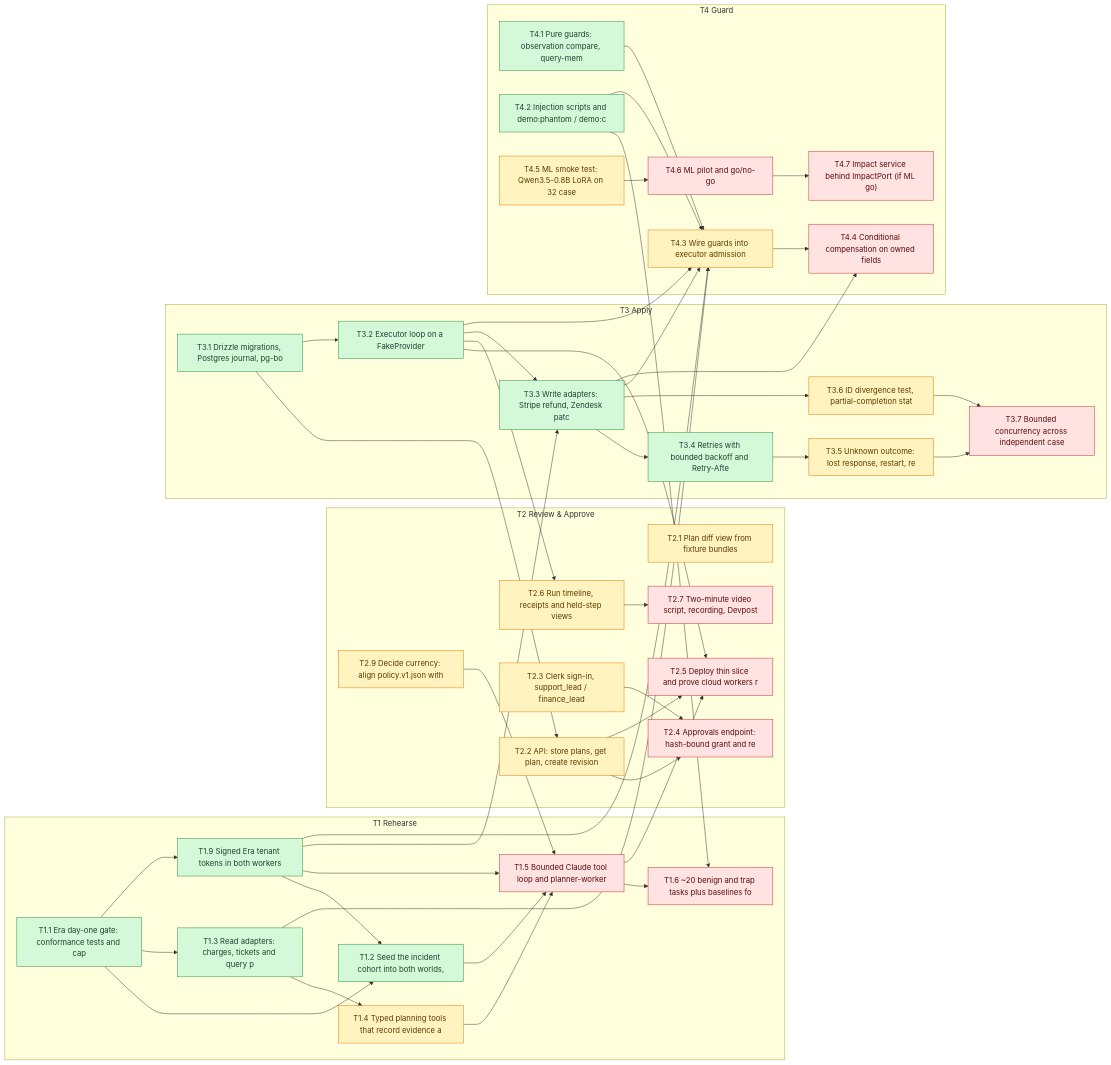
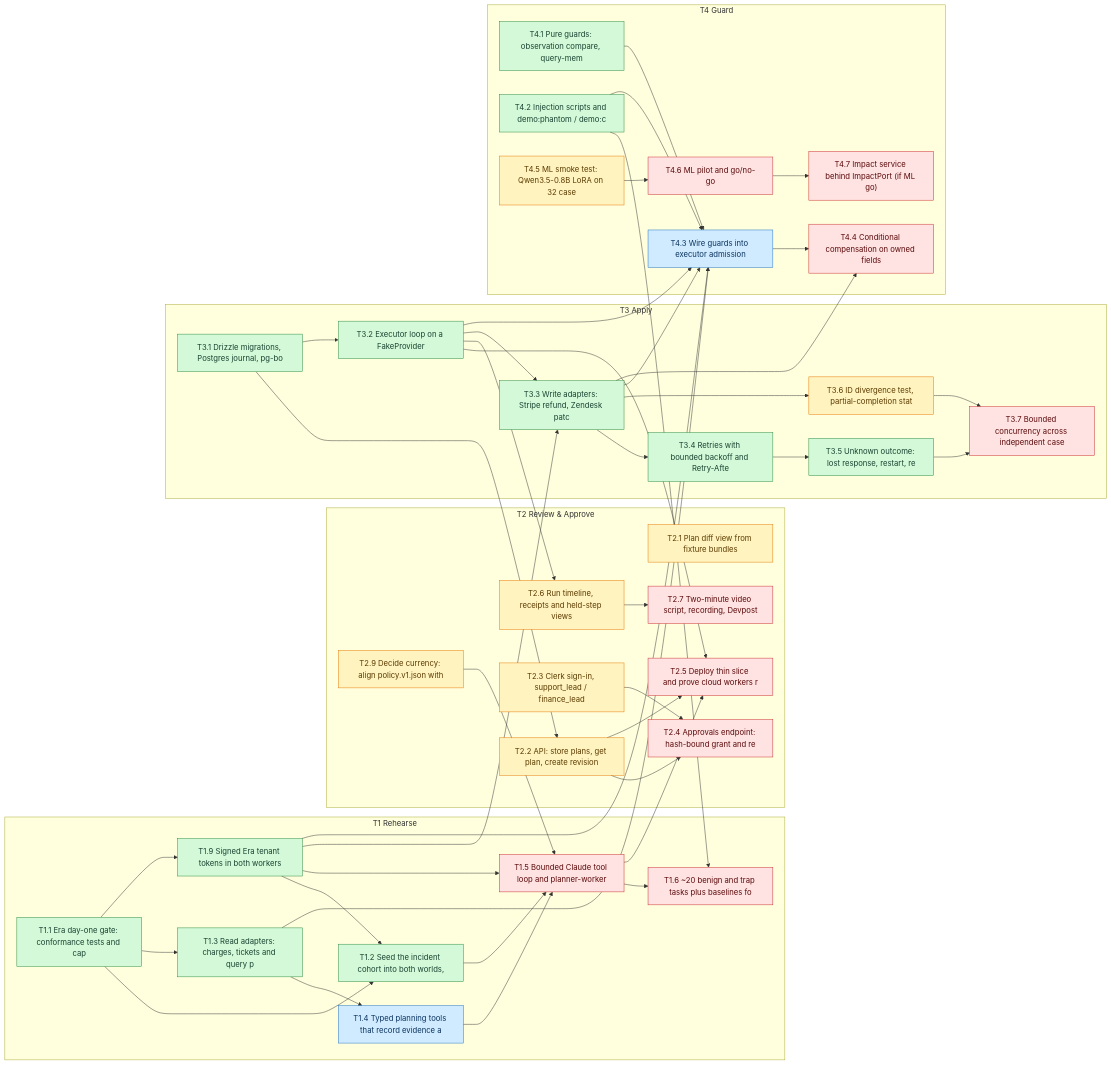
One commit to SoroushRF/Rehearsal changed the diagram in BLOCKERS.md. Above: the diagram before and after it, drawn with Mermaid. The commit also changed other lines of this file, not shown here.

````diff
--- a/BLOCKERS.md
+++ b/BLOCKERS.md
@@ -84,82 +84,82 @@
 ```mermaid
 flowchart LR
   classDef done fill:#d3f9d8,stroke:#2b8a3e,color:#1b4332
   classDef review fill:#d0ebff,stroke:#1971c2,color:#0b3460
   classDef progress fill:#e5dbff,stroke:#5f3dc4,color:#2b1a66
   classDef ready fill:#fff3bf,stroke:#e67700,color:#5c3c00
   classDef blocked fill:#ffe3e3,stroke:#c92a2a,color:#5c0a0a
   subgraph T1[T1 Rehearse]
     T1_1["T1.1 Era day-one gate: conformance tests and cap"]:::done
     T1_2["T1.2 Seed the incident cohort into both worlds, "]:::done
     T1_3["T1.3 Read adapters: charges, tickets and query p"]:::done
-    T1_4["T1.4 Typed planning tools that record evidence a"]:::ready
+    T1_4["T1.4 Typed planning tools that record evidence a"]:::review
     T1_5["T1.5 Bounded Claude tool loop and planner-worker"]:::blocked
     T1_6["T1.6 ~20 benign and trap tasks plus baselines fo"]:::blocked
     T1_9["T1.9 Signed Era tenant tokens in both workers"]:::done
   end
   subgraph T2[T2 Review & Approve]
     T2_1["T2.1 Plan diff view from fixture bundles"]:::ready
     T2_2["T2.2 API: store plans, get plan, create revision"]:::ready
     T2_3["T2.3 Clerk sign-in, support_lead / finance_lead "]:::ready
     T2_4["T2.4 Approvals endpoint: hash-bound grant and re"]:::blocked
     T2_5["T2.5 Deploy thin slice and prove cloud workers r"]:::blocked
     T2_6["T2.6 Run timeline, receipts and held-step views "]:::ready
     T2_7["T2.7 Two-minute video script, recording, Devpost"]:::blocked
     T2_9["T2.9 Decide currency: align policy.v1.json with "]:::ready
   end
   subgraph T3[T3 Apply]
     T3_1["T3.1 Drizzle migrations, Postgres journal, pg-bo"]:::done
     T3_2["T3.2 Executor loop on a FakeProvider"]:::done
     T3_3["T3.3 Write adapters: Stripe refund, Zendesk patc"]:::done
     T3_4["T3.4 Retries with bounded backoff and Retry-Afte"]:::done
-    T3_5["T3.5 Unknown outcome: lost response, restart, re"]:::ready
+    T3_5["T3.5 Unknown outcome: lost response, restart, re"]:::done
     T3_6["T3.6 ID divergence test, partial-completion stat"]:::ready
     T3_7["T3.7 Bounded concurrency across independent case"]:::blocked
   end
   subgraph T4[T4 Guard]
     T4_1["T4.1 Pure guards: observation compare, query-mem"]:::done
     T4_2["T4.2 Injection scripts and demo:phantom / demo:c"]:::done
-    T4_3["T4.3 Wire guards into executor admission"]:::ready
+    T4_3["T4.3 Wire guards into executor admission"]:::review
     T4_4["T4.4 Conditional compensation on owned fields"]:::blocked
     T4_5["T4.5 ML smoke test: Qwen3.5-0.8B LoRA on 32 case"]:::ready
     T4_6["T4.6 ML pilot and go/no-go"]:::blocked
     T4_7["T4.7 Impact service behind ImpactPort (if ML go)"]:::blocked
   end
   T1_1 --> T1_2
   T1_9 --> T1_2
   T1_1 --> T1_3
   T1_3 --> T1_4
   T1_2 --> T1_5
   T1_4 --> T1_5
   T1_9 --> T1_5
   T2_9 --> T1_5
   T1_5 --> T1_6
   T4_2 --> T1_6
   T1_1 --> T1_9
   T3_1 --> T2_2
   T2_2 --> T2_4
   T2_3 --> T2_4
   T2_2 --> T2_5
   T1_5 --> T2_5
   T3_2 --> T2_5
   T3_2 --> T2_6
   T2_6 --> T2_7
   T3_1 --> T3_2
   T3_2 --> T3_3
   T1_9 --> T3_3
   T3_3 --> T3_4
   T3_4 --> T3_5
   T3_3 --> T3_6
   T3_5 --> T3_7
   T3_6 --> T3_7
   T4_1 --> T4_3
   T4_2 --> T4_3
   T3_2 --> T4_3
   T1_3 --> T4_3
   T3_3 --> T4_3
   T1_9 --> T4_3
   T4_3 --> T4_4
   T3_3 --> T4_4
   T4_5 --> T4_6
   T4_6 --> T4_7
 ```
````
